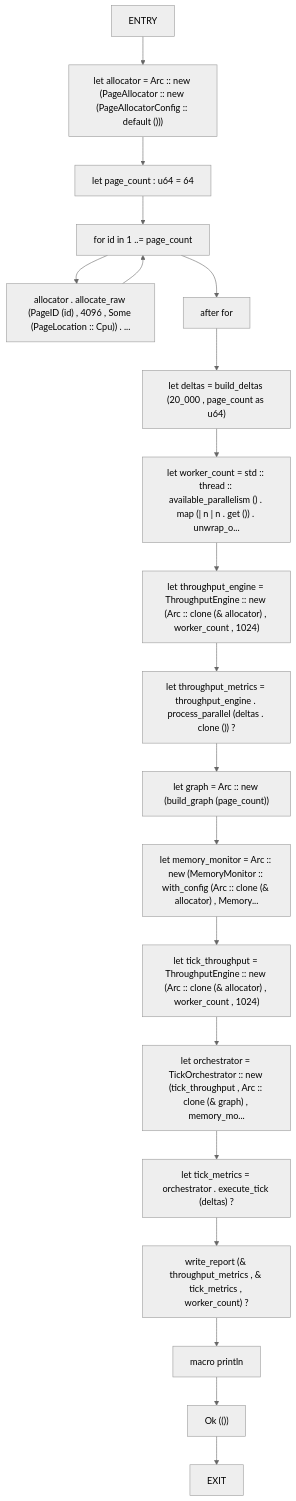
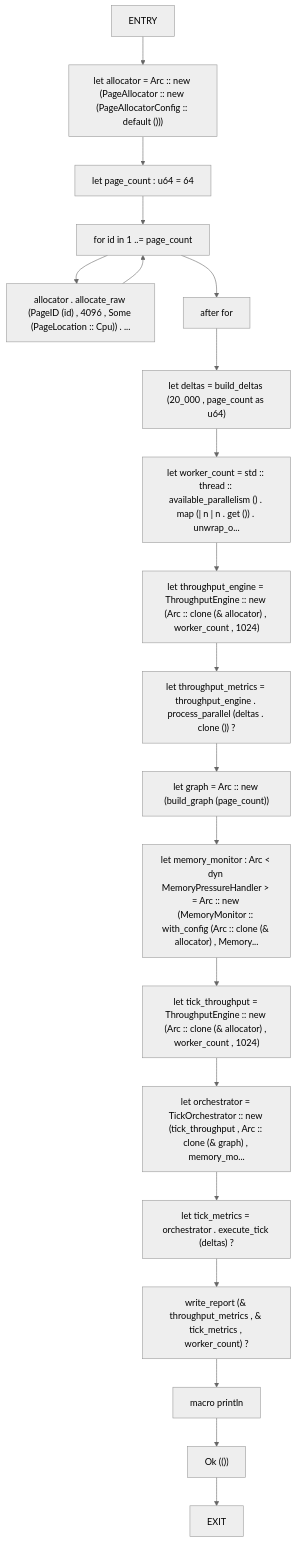
One commit to cicero-violate/MMSB changed the third of 4 diagrams in docs/analysis/cfg/070-src-bin.md. Above: the diagram before and after it, drawn with Mermaid (neutral theme). The commit also changed 75 other files, not shown here.

````diff
--- a/docs/analysis/cfg/070-src-bin.md
+++ b/docs/analysis/cfg/070-src-bin.md
@@ -54,41 +54,41 @@
 ```mermaid
 flowchart TD
     main_0["ENTRY"]
     main_1["let allocator = Arc :: new (PageAllocator :: new (PageAllocatorConfig :: default ()))"]
     main_2["let page_count : u64 = 64"]
     main_3["for id in 1 ..= page_count"]
     main_4["allocator . allocate_raw (PageID (id) , 4096 , Some (PageLocation :: Cpu)) . ..."]
     main_5["after for"]
     main_6["let deltas = build_deltas (20_000 , page_count as u64)"]
     main_7["let worker_count = std :: thread :: available_parallelism () . map (| n | n . get ()) . unwrap_o..."]
     main_8["let throughput_engine = ThroughputEngine :: new (Arc :: clone (& allocator) , worker_count , 1024)"]
     main_9["let throughput_metrics = throughput_engine . process_parallel (deltas . clone ()) ?"]
     main_10["let graph = Arc :: new (build_graph (page_count))"]
-    main_11["let memory_monitor = Arc :: new (MemoryMonitor :: with_config (Arc :: clone (& allocator) , Memory..."]
+    main_11["let memory_monitor : Arc < dyn MemoryPressureHandler > = Arc :: new (MemoryMonitor :: with_config (Arc :: clone (& allocator) , Memory..."]
     main_12["let tick_throughput = ThroughputEngine :: new (Arc :: clone (& allocator) , worker_count , 1024)"]
     main_13["let orchestrator = TickOrchestrator :: new (tick_throughput , Arc :: clone (& graph) , memory_mo..."]
     main_14["let tick_metrics = orchestrator . execute_tick (deltas) ?"]
     main_15["write_report (& throughput_metrics , & tick_metrics , worker_count) ?"]
     main_16["macro println"]
     main_17["Ok (())"]
     main_18["EXIT"]
     main_0 --> main_1
     main_1 --> main_2
     main_2 --> main_3
     main_3 --> main_4
     main_4 --> main_3
     main_3 --> main_5
     main_5 --> main_6
     main_6 --> main_7
     main_7 --> main_8
     main_8 --> main_9
     main_9 --> main_10
     main_10 --> main_11
     main_11 --> main_12
     main_12 --> main_13
     main_13 --> main_14
     main_14 --> main_15
     main_15 --> main_16
     main_16 --> main_17
     main_17 --> main_18
 ```
````
